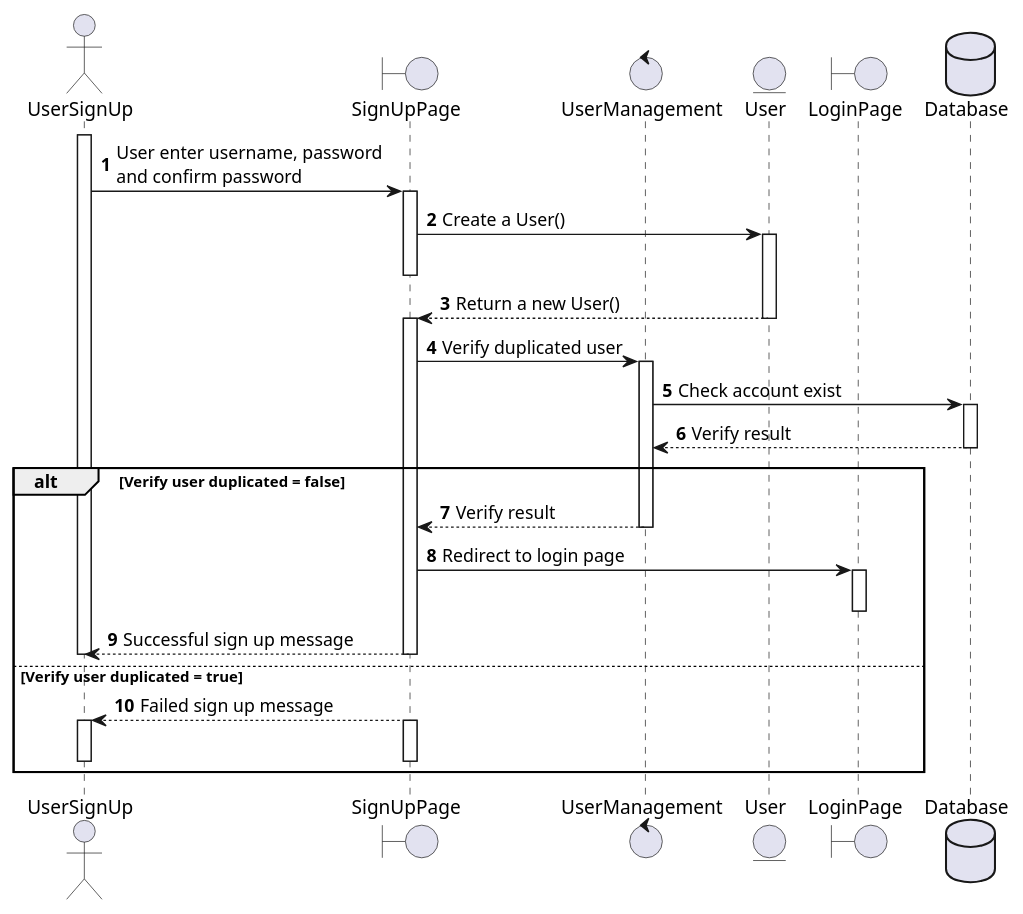
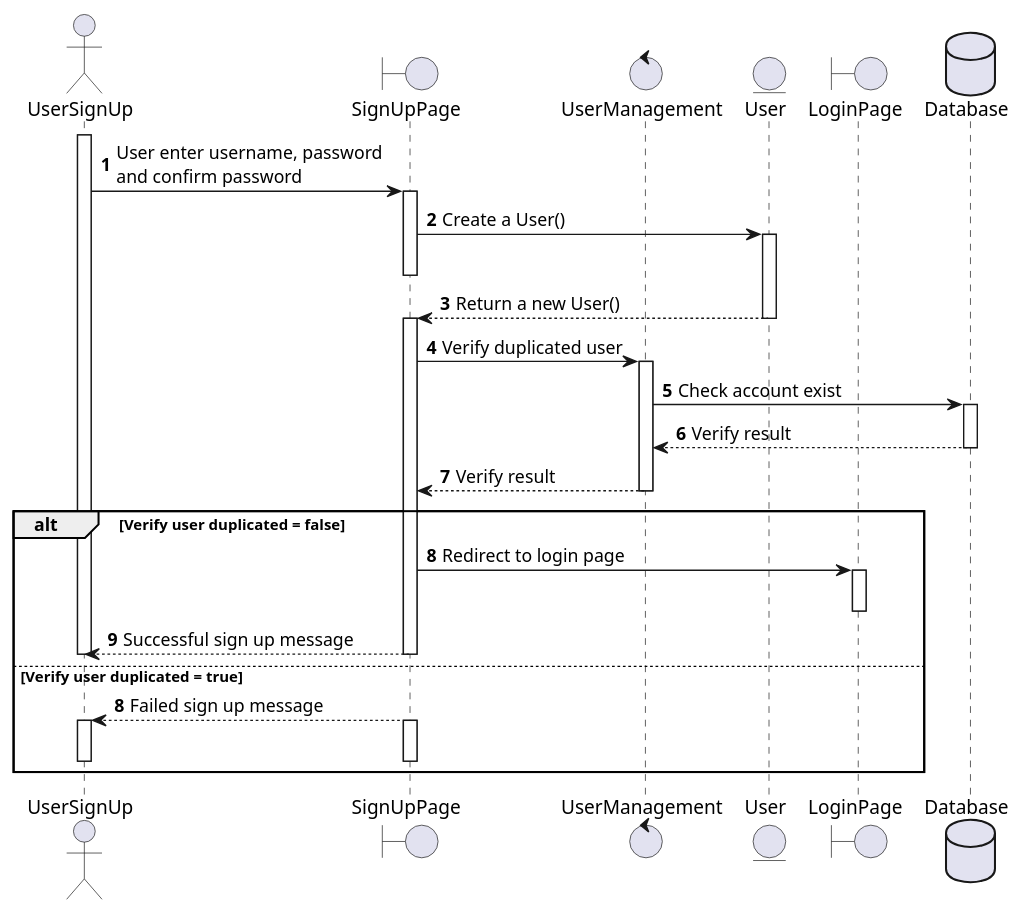
The diagram in registration.puml (duymai1612/final-oosd-project), drawn with PlantUML before and after one commit. The commit also changed 6 other files, not shown here.

Commit message:
add manage roles flow

```diff
--- a/registration.puml
+++ b/registration.puml
@@ -1,44 +1,45 @@
 @startuml Registration flow
 
 actor UserSignUp
 boundary SignUpPage
 control UserManagement
 entity User
 boundary LoginPage
 database Database
 
 autonumber
 activate UserSignUp
 UserSignUp -> SignUpPage: User enter username, password \nand confirm password
 activate SignUpPage
 SignUpPage -> User: Create a User()
 activate User
 deactivate SignUpPage
 User --> SignUpPage: Return a new User()
 deactivate User
 activate SignUpPage
 SignUpPage -> UserManagement: Verify duplicated user
 activate UserManagement
 UserManagement -> Database: Check account exist
 activate Database
 Database --> UserManagement: Verify result
 deactivate Database
+UserManagement --> SignUpPage: Verify result
+deactivate UserManagement
 
 alt Verify user duplicated = false
-  UserManagement --> SignUpPage: Verify result
-  deactivate UserManagement
   SignUpPage -> LoginPage: Redirect to login page
   activate LoginPage
   deactivate LoginPage
   SignUpPage --> UserSignUp: Successful sign up message
   deactivate SignUpPage
   deactivate UserSignUp
 else Verify user duplicated = true
+  autonumber 8
   SignUpPage --> UserSignUp: Failed sign up message
   activate SignUpPage
   deactivate SignUpPage
   activate UserSignUp
   deactivate UserSignUp
 end
 
 @enduml
```
